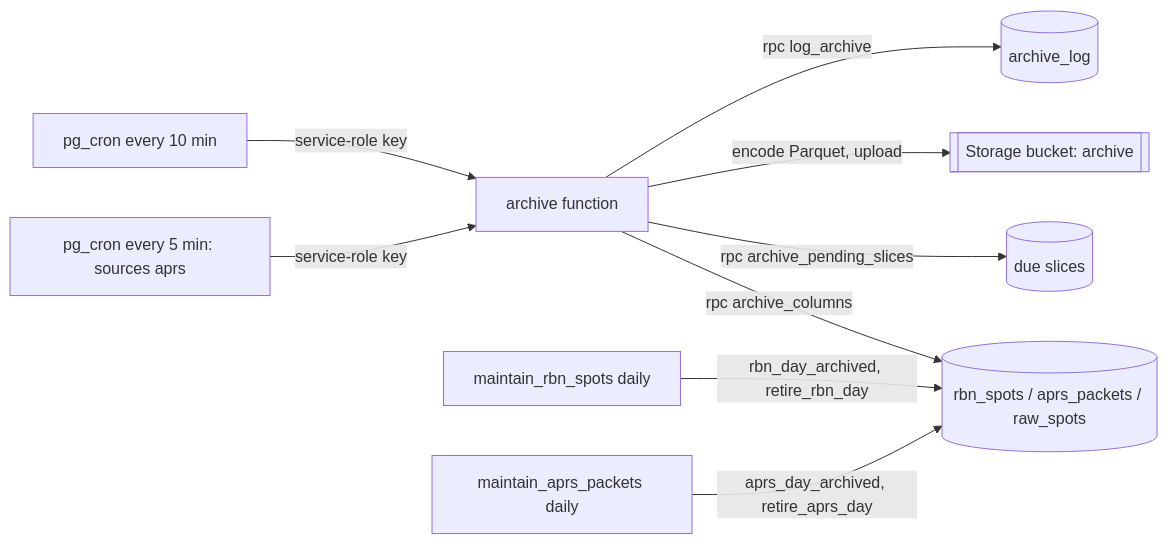
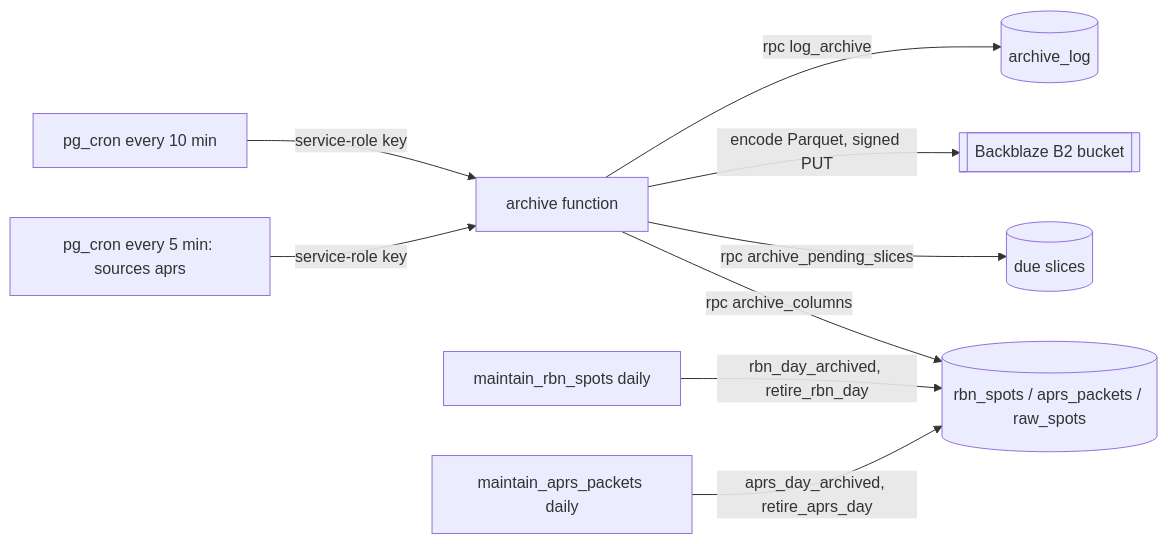
Before and after one commit to johnsonm/longlines: the sixth of 11 diagrams in docs/ARCHITECTURE.md, drawn with Mermaid. The commit also changed other lines of this file and 17 other files, not shown here.

First line of the commit message:
Archive: write Parquet to Backblaze B2 instead of Supabase Storage

````diff
--- a/docs/ARCHITECTURE.md
+++ b/docs/ARCHITECTURE.md
@@ -509,11 +509,11 @@
 ```mermaid
 flowchart LR
   CRON[pg_cron every 10 min] -- "service-role key" --> A[archive function]
   CRONA[pg_cron every 5 min: sources aprs] -- "service-role key" --> A
   A -- "rpc archive_pending_slices" --> P[(due slices)]
   A -- "rpc archive_columns" --> N[(rbn_spots / aprs_packets / raw_spots)]
-  A -- "encode Parquet, upload" --> S[[Storage bucket: archive]]
+  A -- "encode Parquet, signed PUT" --> S[[Backblaze B2 bucket]]
   A -- "rpc log_archive" --> L[(archive_log)]
   M[maintain_rbn_spots daily] -- "rbn_day_archived, retire_rbn_day" --> N
   MA[maintain_aprs_packets daily] -- "aprs_day_archived, retire_aprs_day" --> N
 ```
````
